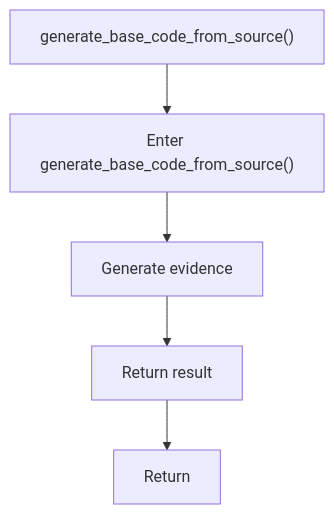
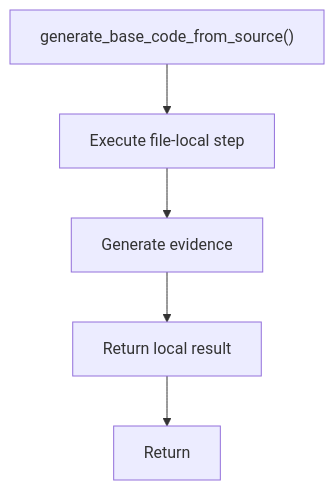
The fourth of 5 diagrams in docs/Codebase/Microservice/Modules/Source/Trees/Shared/code_generator.cpp.md (JohnAndrewBalbarosa/NeoTerritory), drawn with Mermaid before and after one commit. The commit also changed other lines of this file and 915 other files, not shown here.

````diff
--- a/docs/Codebase/Microservice/Modules/Source/Trees/Shared/code_generator.cpp.md
+++ b/docs/Codebase/Microservice/Modules/Source/Trees/Shared/code_generator.cpp.md
@@ -115,12 +114,12 @@
 ```mermaid
 flowchart TD
     Start["generate_base_code_from_source()"]
-    N0["Enter generate_base_code_from_source()"]
+    N0["Execute file-local step"]
     N1["Generate evidence"]
-    N2["Return result"]
+    N2["Return local result"]
     End["Return"]
     Start --> N0
     N0 --> N1
     N1 --> N2
     N2 --> End
 ```
````
